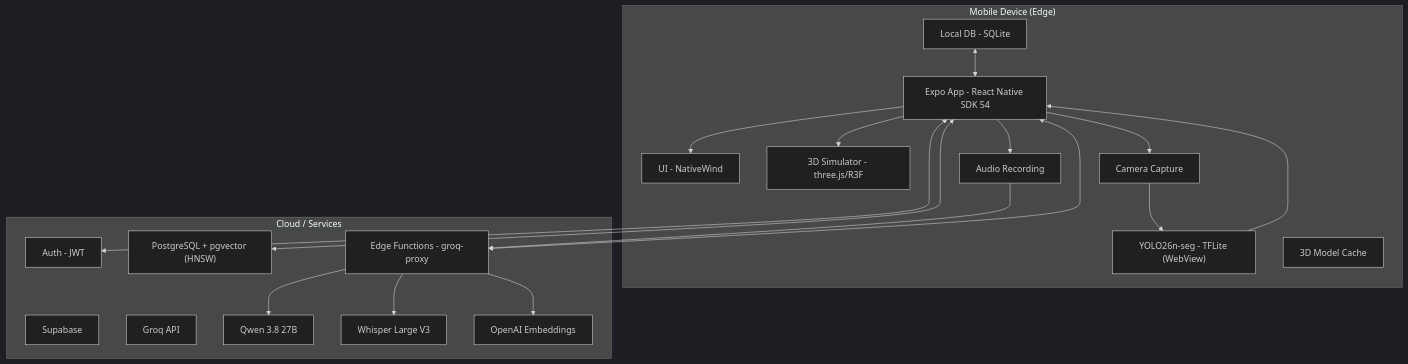
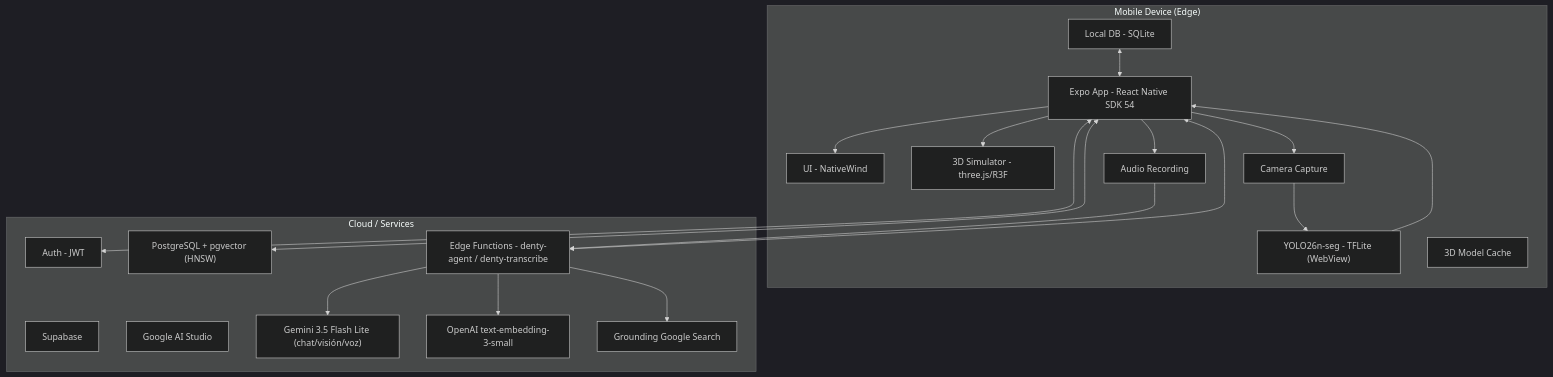
The first of 3 diagrams in PRD.md (garciadervin/dentify), drawn with Mermaid (dark theme) before and after one commit. The commit also changed other lines of this file and 20 other files, not shown here.

First line of the commit message:
feat: chatbot migrado a Google AI Studio con fallback, voz Gemini y embeddings OpenAI

````diff
--- a/PRD.md
+++ b/PRD.md
@@ -216,33 +216,32 @@
 ```mermaid
 graph TD
     subgraph "Mobile Device (Edge)"
         A[Expo App - React Native SDK 54]
         B1[UI - NativeWind]
         B2[3D Simulator - three.js/R3F]
         B3[Camera Capture]
         C1["YOLO26n-seg - TFLite (WebView)"]
         C2[Audio Recording]
         C3[3D Model Cache]
         C4[Local DB - SQLite]
     end
 
     subgraph "Cloud / Services"
         D[Supabase]
         D1[Auth - JWT]
         D2["PostgreSQL + pgvector (HNSW)"]
-        D3[Edge Functions - groq-proxy]
-        E[Groq API]
-        E1[Qwen 3.8 27B]
-        E2[Whisper Large V3]
-        F[OpenAI Embeddings]
+        D3["Edge Functions - denty-agent / denty-transcribe"]
+        E[Google AI Studio]
+        E1["Gemini 3.5 Flash Lite (chat/visión/voz)"]
+        E2[OpenAI text-embedding-3-small]
+        E3[Grounding Google Search]
     end
 
     A --> B1 & B2 & B3
     B3 --> C1 --> A
     A --> C2 --> D3
     A <--> D1
     A <--> D2
-    A <--> D3 --> E1 & E2
-    D3 --> F
+    A <--> D3 --> E1 & E2 & E3
     C4 <--> A
 ```
````
